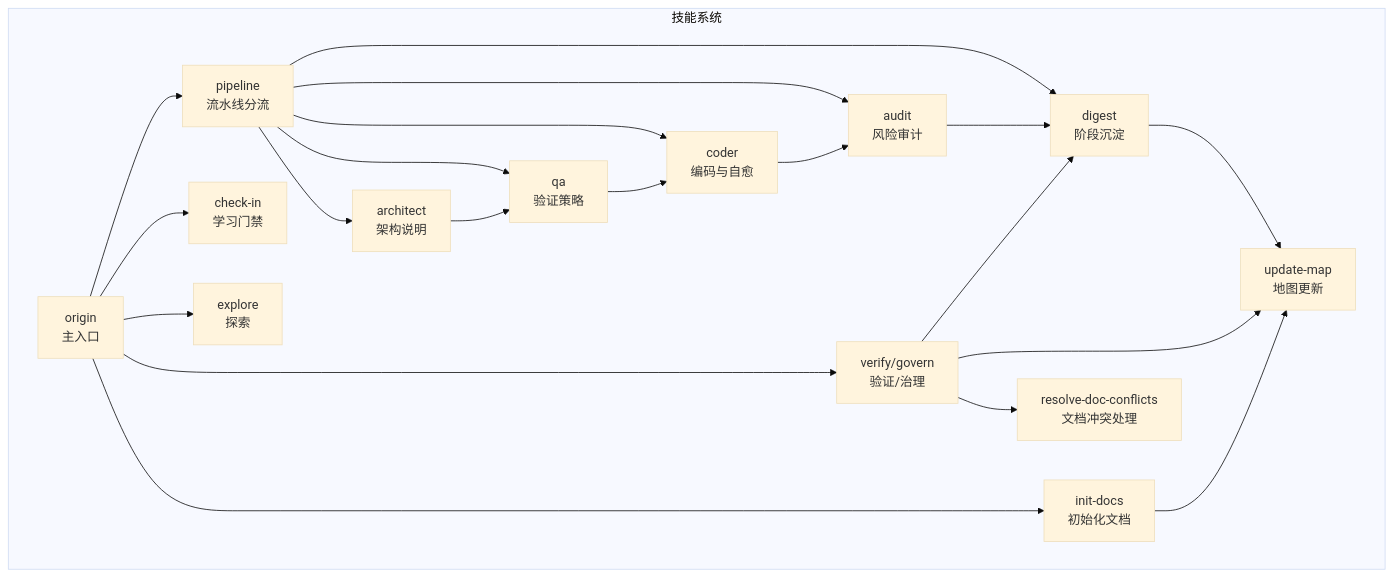
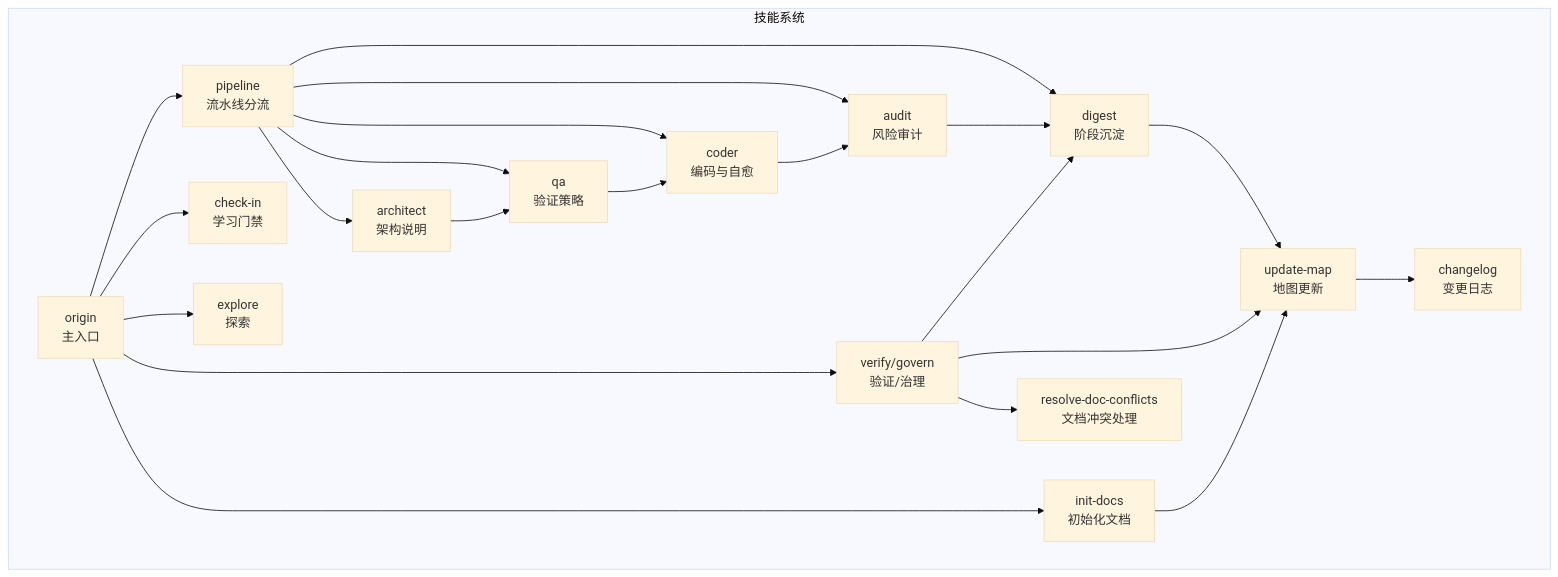
Before and after one commit to CryptoLinxu/Web3-AI-Agent: the first of 8 diagrams in .qoder/repowiki/zh/content/辅助技能详解/地图更新技能 (Update-Map).md, drawn with Mermaid (base theme). The commit also changed other lines of this file and 10 other files, not shown here.

````diff
--- a/.qoder/repowiki/zh/content/辅助技能详解/地图更新技能 (Update-Map).md
+++ b/.qoder/repowiki/zh/content/辅助技能详解/地图更新技能 (Update-Map).md
@@ -39,37 +51,39 @@
 ```mermaid
 graph TB
 subgraph "技能系统"
 Origin["origin<br/>主入口"]
 Pipeline["pipeline<br/>流水线分流"]
 CheckIn["check-in<br/>学习门禁"]
 Architect["architect<br/>架构说明"]
 QA["qa<br/>验证策略"]
 Coder["coder<br/>编码与自愈"]
 Audit["audit<br/>风险审计"]
 Digest["digest<br/>阶段沉淀"]
 UpdateMap["update-map<br/>地图更新"]
+Changelog["changelog<br/>变更日志"]
 Explore["explore<br/>探索"]
 InitDocs["init-docs<br/>初始化文档"]
 Verify["verify/govern<br/>验证/治理"]
 ResolveDoc["resolve-doc-conflicts<br/>文档冲突处理"]
 end
 Origin --> Pipeline
 Origin --> CheckIn
 Origin --> Explore
 Origin --> InitDocs
 Origin --> Verify
 Pipeline --> Architect
 Pipeline --> QA
 Pipeline --> Coder
 Pipeline --> Audit
 Pipeline --> Digest
 Digest --> UpdateMap
+UpdateMap --> Changelog
 Architect --> QA
 QA --> Coder
 Coder --> Audit
 Audit --> Digest
 Verify --> ResolveDoc
 Verify --> Digest
 Verify --> UpdateMap
 InitDocs --> UpdateMap
 ```
````
